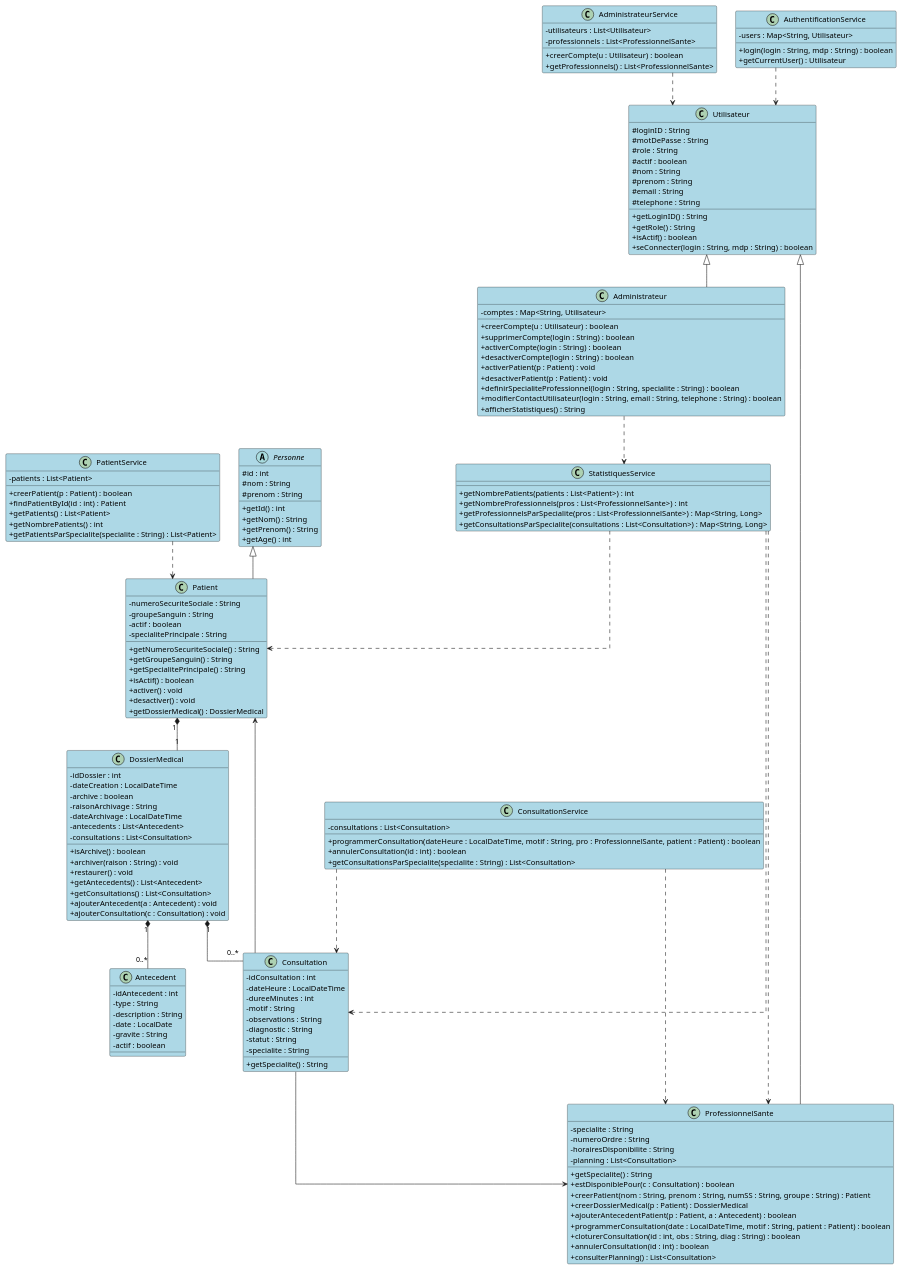
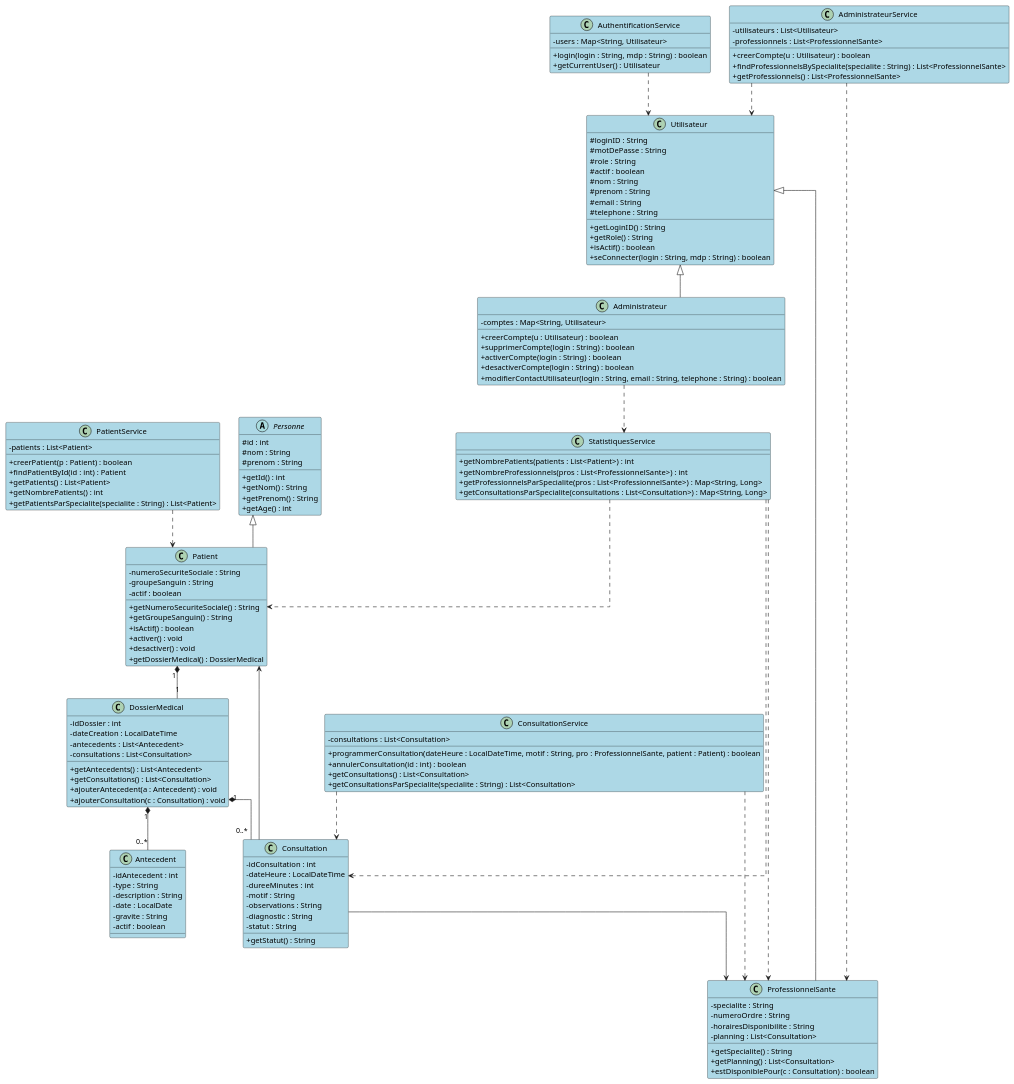
The diagram in src/Diagrammes/classes.puml (Prime-Dior/Groupe_24), drawn with PlantUML before and after one commit.

```diff
--- a/src/Diagrammes/classes.puml
+++ b/src/Diagrammes/classes.puml
@@ -1,172 +1,156 @@
 @startuml MediPass
 
 skinparam classAttributeIconSize 0
 skinparam linetype ortho
 skinparam class {
   BackgroundColor LightBlue
   BorderColor Black
 }
 
 abstract class Personne {
   # id : int
   # nom : String
   # prenom : String
   + getId() : int
   + getNom() : String
   + getPrenom() : String
   + getAge() : int
 }
 
 class Patient {
   - numeroSecuriteSociale : String
   - groupeSanguin : String
   - actif : boolean
-  - specialitePrincipale : String
   + getNumeroSecuriteSociale() : String
   + getGroupeSanguin() : String
-  + getSpecialitePrincipale() : String
   + isActif() : boolean
   + activer() : void
   + desactiver() : void
   + getDossierMedical() : DossierMedical
 }
 
 class DossierMedical {
   - idDossier : int
   - dateCreation : LocalDateTime
-  - archive : boolean
-  - raisonArchivage : String
-  - dateArchivage : LocalDateTime
   - antecedents : List<Antecedent>
   - consultations : List<Consultation>
-  + isArchive() : boolean
-  + archiver(raison : String) : void
-  + restaurer() : void
   + getAntecedents() : List<Antecedent>
   + getConsultations() : List<Consultation>
   + ajouterAntecedent(a : Antecedent) : void
   + ajouterConsultation(c : Consultation) : void
 }
 
 class Antecedent {
   - idAntecedent : int
   - type : String
   - description : String
   - date : LocalDate
   - gravite : String
   - actif : boolean
 }
 
 class Consultation {
   - idConsultation : int
   - dateHeure : LocalDateTime
   - dureeMinutes : int
   - motif : String
   - observations : String
   - diagnostic : String
   - statut : String
-  - specialite : String
-  + getSpecialite() : String
+  + getStatut() : String
 }
 
 class Utilisateur {
   # loginID : String
   # motDePasse : String
   # role : String
   # actif : boolean
   # nom : String
   # prenom : String
   # email : String
   # telephone : String
   + getLoginID() : String
   + getRole() : String
   + isActif() : boolean
   + seConnecter(login : String, mdp : String) : boolean
 }
 
 class Administrateur {
   - comptes : Map<String, Utilisateur>
   + creerCompte(u : Utilisateur) : boolean
   + supprimerCompte(login : String) : boolean
   + activerCompte(login : String) : boolean
   + desactiverCompte(login : String) : boolean
-  + activerPatient(p : Patient) : void
-  + desactiverPatient(p : Patient) : void
-  + definirSpecialiteProfessionnel(login : String, specialite : String) : boolean
   + modifierContactUtilisateur(login : String, email : String, telephone : String) : boolean
-  + afficherStatistiques() : String
 }
 
 class ProfessionnelSante {
   - specialite : String
   - numeroOrdre : String
   - horairesDisponibilite : String
   - planning : List<Consultation>
   + getSpecialite() : String
+  + getPlanning() : List<Consultation>
   + estDisponiblePour(c : Consultation) : boolean
-  + creerPatient(nom : String, prenom : String, numSS : String, groupe : String) : Patient
-  + creerDossierMedical(p : Patient) : DossierMedical
-  + ajouterAntecedentPatient(p : Patient, a : Antecedent) : boolean
-  + programmerConsultation(date : LocalDateTime, motif : String, patient : Patient) : boolean
-  + cloturerConsultation(id : int, obs : String, diag : String) : boolean
-  + annulerConsultation(id : int) : boolean
-  + consulterPlanning() : List<Consultation>
 }
 
 class PatientService {
   - patients : List<Patient>
   + creerPatient(p : Patient) : boolean
   + findPatientById(id : int) : Patient
   + getPatients() : List<Patient>
   + getNombrePatients() : int
   + getPatientsParSpecialite(specialite : String) : List<Patient>
 }
 
 class ConsultationService {
   - consultations : List<Consultation>
   + programmerConsultation(dateHeure : LocalDateTime, motif : String, pro : ProfessionnelSante, patient : Patient) : boolean
   + annulerConsultation(id : int) : boolean
+  + getConsultations() : List<Consultation>
   + getConsultationsParSpecialite(specialite : String) : List<Consultation>
 }
 
 class AdministrateurService {
   - utilisateurs : List<Utilisateur>
   - professionnels : List<ProfessionnelSante>
   + creerCompte(u : Utilisateur) : boolean
+  + findProfessionnelsBySpecialite(specialite : String) : List<ProfessionnelSante>
   + getProfessionnels() : List<ProfessionnelSante>
 }
 
 class StatistiquesService {
   + getNombrePatients(patients : List<Patient>) : int
   + getNombreProfessionnels(pros : List<ProfessionnelSante>) : int
   + getProfessionnelsParSpecialite(pros : List<ProfessionnelSante>) : Map<String, Long>
   + getConsultationsParSpecialite(consultations : List<Consultation>) : Map<String, Long>
 }
 
 class AuthentificationService {
   - users : Map<String, Utilisateur>
   + login(login : String, mdp : String) : boolean
   + getCurrentUser() : Utilisateur
 }
 
 Personne <|-- Patient
 Utilisateur <|-- Administrateur
 Utilisateur <|-- ProfessionnelSante
 
 Patient "1" *-- "1" DossierMedical
 DossierMedical "1" *-- "0..*" Antecedent
 DossierMedical "1" *-- "0..*" Consultation
 Consultation --> ProfessionnelSante
 Consultation --> Patient
 
 PatientService ..> Patient
 ConsultationService ..> Consultation
 ConsultationService ..> ProfessionnelSante
 AdministrateurService ..> Utilisateur
+AdministrateurService ..> ProfessionnelSante
 Administrateur ..> StatistiquesService
 StatistiquesService ..> Patient
 StatistiquesService ..> ProfessionnelSante
 StatistiquesService ..> Consultation
 AuthentificationService ..> Utilisateur
 
 @enduml
```
